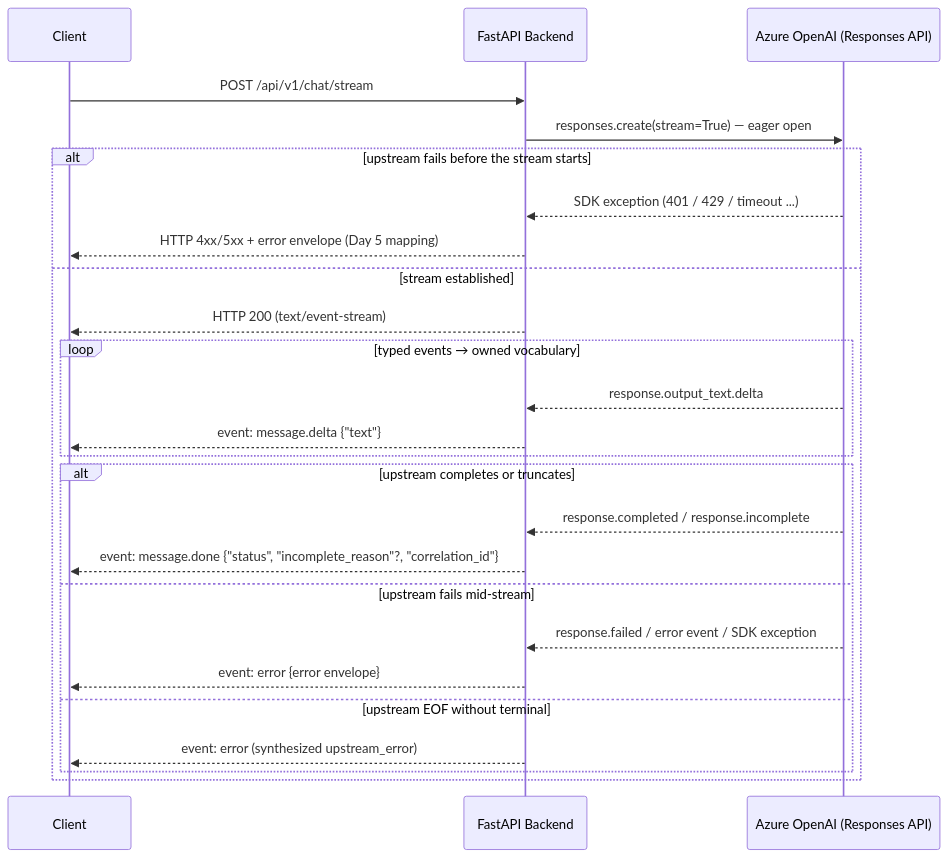
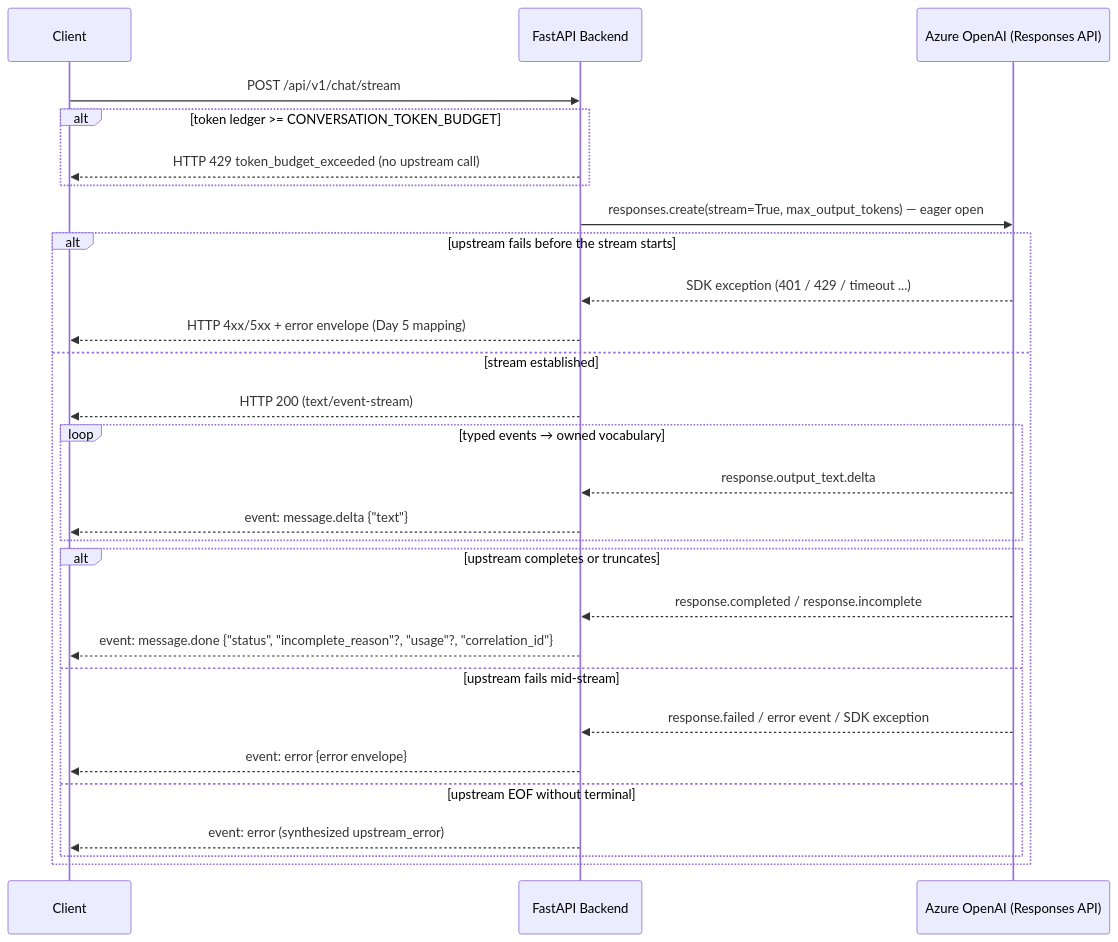
The diagram in docs/diagrams/streaming-sequence.md (kehao-playground/azure-genai-backend-lab), drawn with Mermaid before and after one commit. The commit also changed other lines of this file and 20 other files, not shown here.

First line of the commit message:
feat: token budget guardrail — metered usage, per-conversation budget, output cap (Day 9)

````diff
--- a/docs/diagrams/streaming-sequence.md
+++ b/docs/diagrams/streaming-sequence.md
@@ -8,28 +8,31 @@
 ```mermaid
 sequenceDiagram
     participant Client
     participant API as FastAPI Backend
     participant LLM as Azure OpenAI (Responses API)
 
     Client->>API: POST /api/v1/chat/stream
-    API->>LLM: responses.create(stream=True) — eager open
+    alt token ledger >= CONVERSATION_TOKEN_BUDGET
+        API-->>Client: HTTP 429 token_budget_exceeded (no upstream call)
+    end
+    API->>LLM: responses.create(stream=True, max_output_tokens) — eager open
     alt upstream fails before the stream starts
         LLM-->>API: SDK exception (401 / 429 / timeout ...)
         API-->>Client: HTTP 4xx/5xx + error envelope (Day 5 mapping)
     else stream established
         API-->>Client: HTTP 200 (text/event-stream)
         loop typed events → owned vocabulary
             LLM-->>API: response.output_text.delta
             API-->>Client: event: message.delta {"text"}
         end
         alt upstream completes or truncates
             LLM-->>API: response.completed / response.incomplete
-            API-->>Client: event: message.done {"status", "incomplete_reason"?, "correlation_id"}
+            API-->>Client: event: message.done {"status", "incomplete_reason"?, "usage"?, "correlation_id"}
         else upstream fails mid-stream
             LLM-->>API: response.failed / error event / SDK exception
             API-->>Client: event: error {error envelope}
         else upstream EOF without terminal
             API-->>Client: event: error (synthesized upstream_error)
         end
     end
 ```
````
